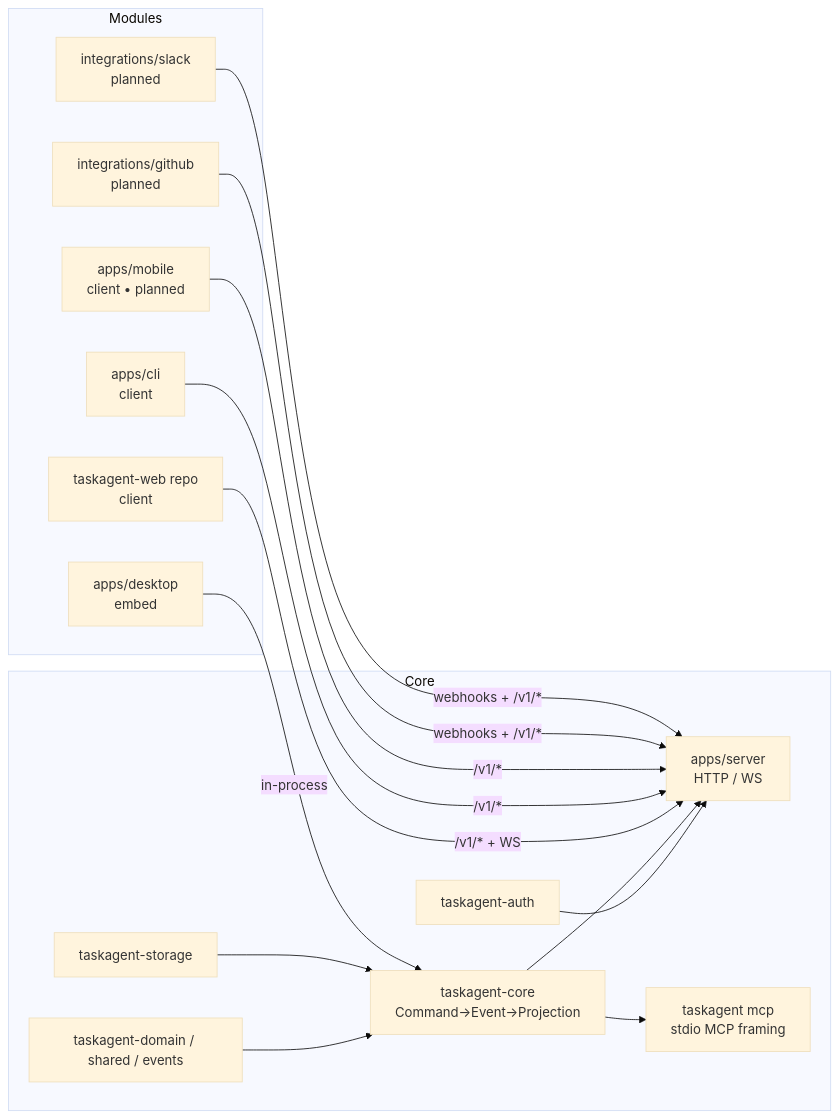
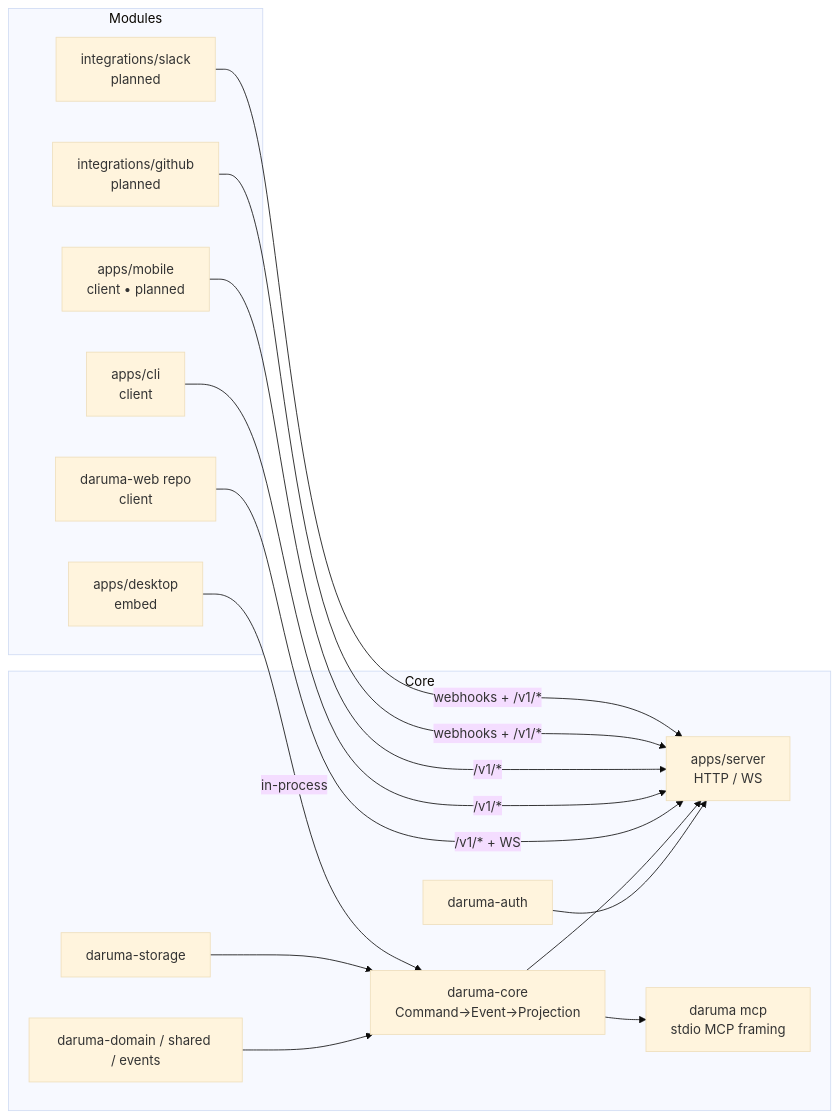
Before and after one commit to tupical/daruma: the diagram in docs/ARCHITECTURE.md, drawn with Mermaid (base theme). The commit also changed other lines of this file and 362 other files, not shown here.

First line of the commit message:
rename: taskagent → daruma across the entire workspace

````diff
--- a/docs/ARCHITECTURE.md
+++ b/docs/ARCHITECTURE.md
@@ -93,30 +93,30 @@
 ```mermaid
 flowchart LR
   subgraph Core
-    domain[taskagent-domain / shared / events]
-    storage[taskagent-storage]
-    coreL[taskagent-core<br/>Command→Event→Projection]
-    auth[taskagent-auth]
+    domain[daruma-domain / shared / events]
+    storage[daruma-storage]
+    coreL[daruma-core<br/>Command→Event→Projection]
+    auth[daruma-auth]
     server[apps/server<br/>HTTP / WS]
-    mcp[taskagent mcp<br/>stdio MCP framing]
+    mcp[daruma mcp<br/>stdio MCP framing]
     domain --> coreL
     storage --> coreL
     auth --> server
     coreL --> server
     coreL --> mcp
   end
   subgraph Modules
-    web[taskagent-web repo<br/>client]
+    web[daruma-web repo<br/>client]
     cli[apps/cli<br/>client]
     mobile[apps/mobile<br/>client • planned]
     desktop[apps/desktop<br/>embed]
     gh[integrations/github<br/>planned]
     slack[integrations/slack<br/>planned]
   end
   web -- /v1/* + WS --> server
   cli -- /v1/* --> server
   mobile -- /v1/* --> server
   desktop -- in-process --> coreL
   gh -- webhooks + /v1/* --> server
   slack -- webhooks + /v1/* --> server
 ```
````
